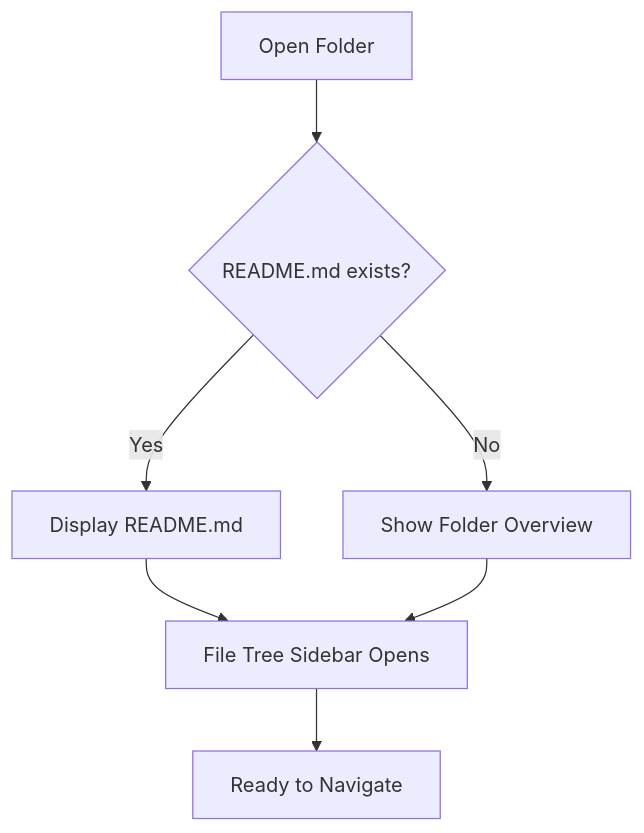
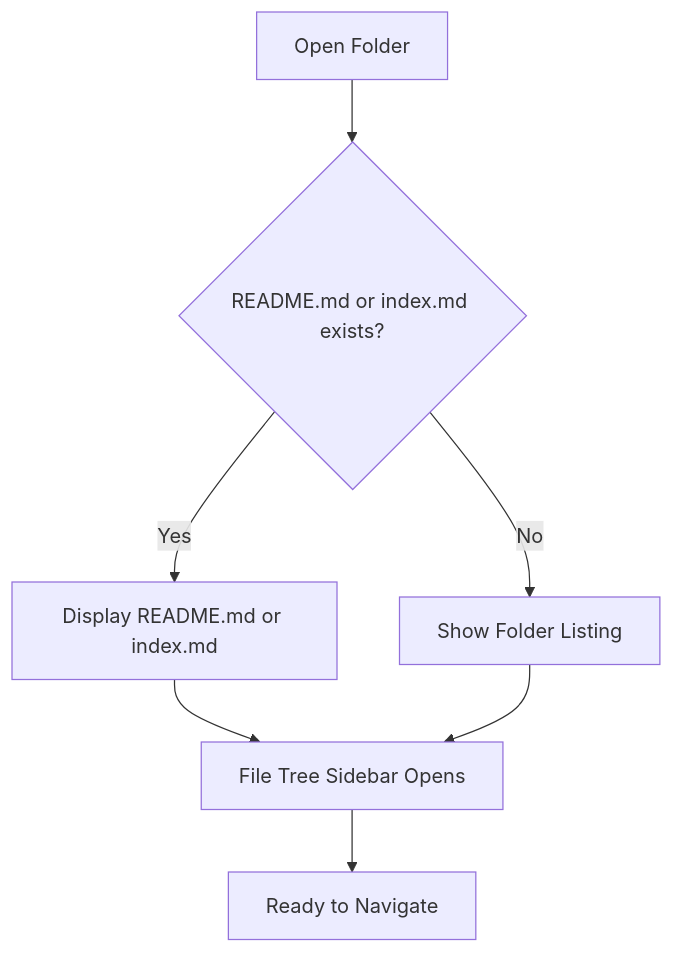
The first of 3 diagrams in documentation/user-guide/basic-usage.md (schalkje/markread), drawn with Mermaid before and after one commit. The commit also changed other lines of this file and 102 other files, not shown here.

````diff
--- a/documentation/user-guide/basic-usage.md
+++ b/documentation/user-guide/basic-usage.md
@@ -37,9 +37,9 @@
 ```mermaid
 graph TD
-    A[Open Folder] --> B{README.md exists?}
-    B -->|Yes| C[Display README.md]
-    B -->|No| D[Show Folder Overview]
+    A[Open Folder] --> B{README.md or index.md exists?}
+    B -->|Yes| C[Display README.md or index.md]
+    B -->|No| D[Show Folder Listing]
     C --> E[File Tree Sidebar Opens]
     D --> E
     E --> F[Ready to Navigate]
 ```
````
